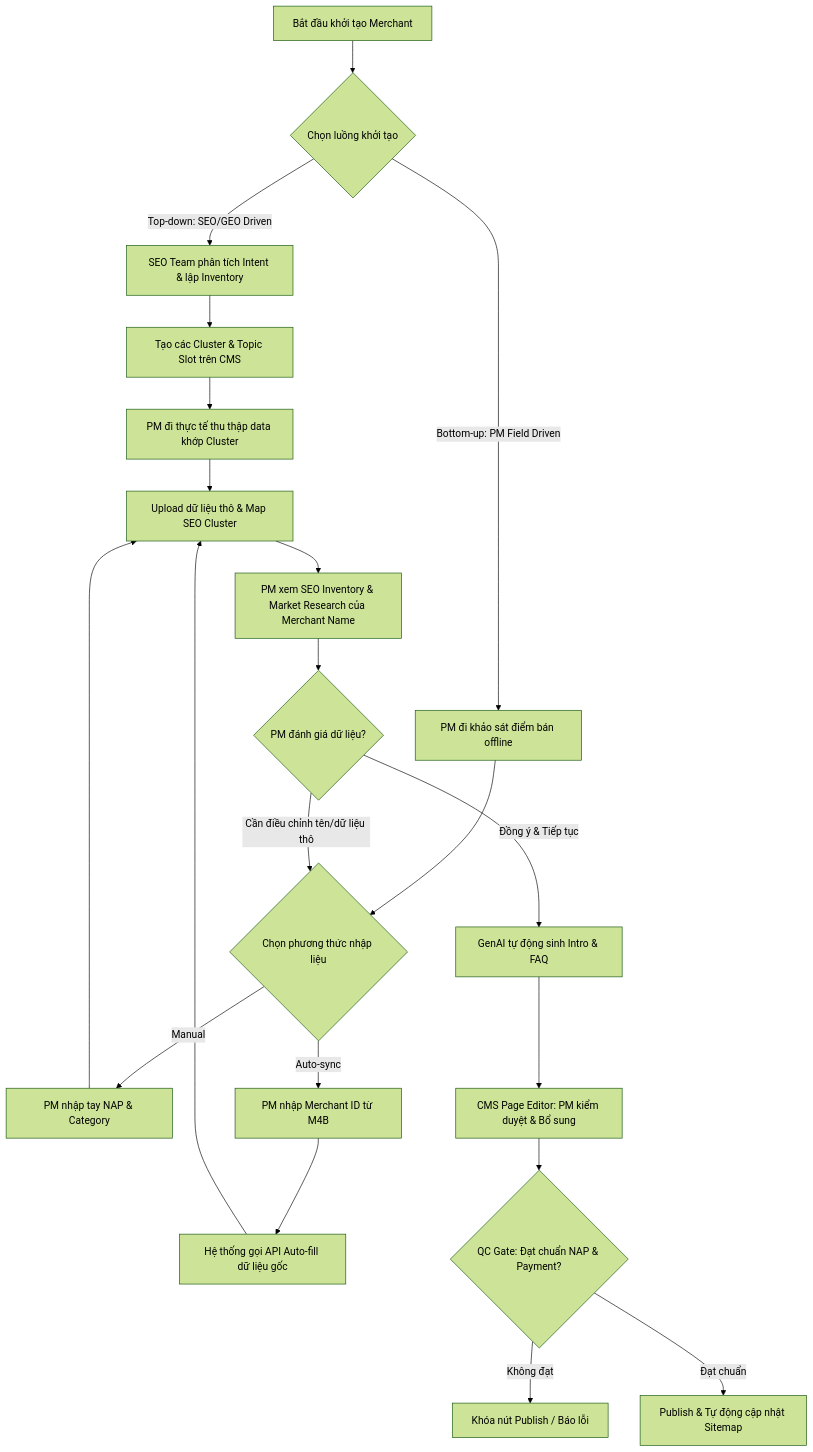
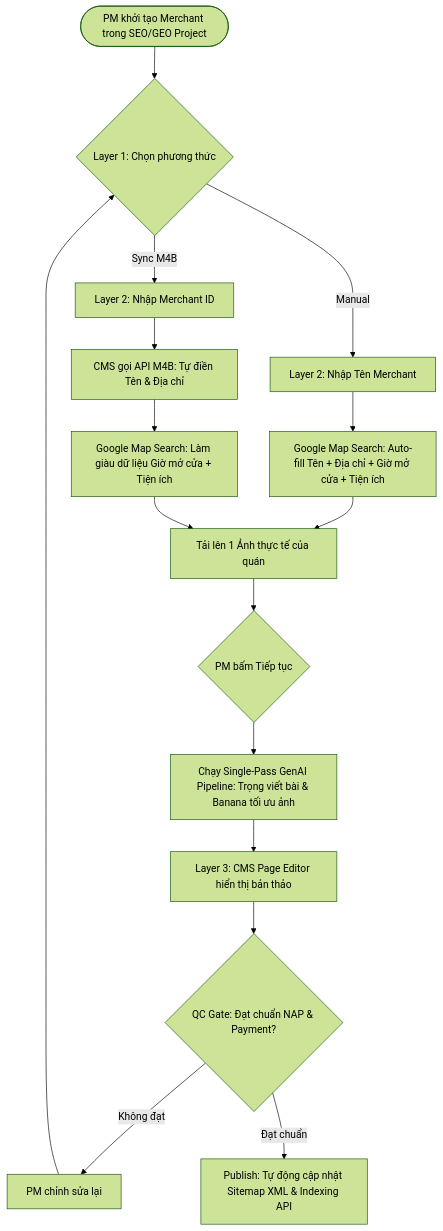
One commit to vanhien26/hienho-knowledgebase changed the second of 3 diagrams in 05_USE_CASE_MOMO/merchant-project/doi-tac-brd.md. Above: the diagram before and after it, drawn with Mermaid (forest theme). The commit also changed other lines of this file and 67 other files, not shown here.

Commit message:
feat: update Merchant and Widget specifications with deep-dive JTBD, Google Maps crawler, and dynamic schemas

````diff
--- a/05_USE_CASE_MOMO/merchant-project/doi-tac-brd.md
+++ b/05_USE_CASE_MOMO/merchant-project/doi-tac-brd.md
@@ -392,26 +591,26 @@
 ```mermaid
 graph TD
-    A[Bắt đầu khởi tạo Merchant] --> B{Chọn luồng khởi tạo}
-    B -->|Top-down: SEO/GEO Driven| C[SEO Team phân tích Intent & lập Inventory]
-    C --> D[Tạo các Cluster & Topic Slot trên CMS]
-    D --> E[PM đi thực tế thu thập data khớp Cluster]
+    Start([PM khởi tạo Merchant trong SEO/GEO Project]) --> Method{Layer 1: Chọn phương thức}
     
-    B -->|Bottom-up: PM Field Driven| F[PM đi khảo sát điểm bán offline]
-    F --> G{Chọn phương thức nhập liệu}
-    G -->|Manual| H[PM nhập tay NAP & Category]
-    G -->|Auto-sync| I[PM nhập Merchant ID từ M4B]
-    I --> J[Hệ thống gọi API Auto-fill dữ liệu gốc]
+    Method -->|Manual| Input_Manual[Layer 2: Nhập Tên Merchant]
+    Method -->|Sync M4B| Input_M4B[Layer 2: Nhập Merchant ID]
     
-    E --> K[Upload dữ liệu thô & Map SEO Cluster]
-    H --> K
-    J --> K
+    Input_Manual --> Gemini_Map_Manual[Google Map Search: Auto-fill Tên + Địa chỉ + Giờ mở cửa + Tiện ích]
+    Input_M4B --> API[CMS gọi API M4B: Tự điền Tên & Địa chỉ]
     
-    K --> PREVIEW[PM xem SEO Inventory & Market Research của Merchant Name]
-    PREVIEW --> DECIDE{PM đánh giá dữ liệu?}
-    DECIDE -->|Cần điều chỉnh tên/dữ liệu thô| G
-    DECIDE -->|Đồng ý & Tiếp tục| L[GenAI tự động sinh Intro & FAQ]
-    L --> M[CMS Page Editor: PM kiểm duyệt & Bổ sung]
-    M --> N{QC Gate: Đạt chuẩn NAP & Payment?}
-    N -->|Không đạt| O[Khóa nút Publish / Báo lỗi]
-    N -->|Đạt chuẩn| P[Publish & Tự động cập nhật Sitemap]
+    API --> Gemini_Map_Sync[Google Map Search: Làm giàu dữ liệu Giờ mở cửa + Tiện ích]
+    
+    Gemini_Map_Manual --> Upload[Tải lên 1 Ảnh thực tế của quán]
+    Gemini_Map_Sync --> Upload
+    
+    Upload --> Submit{PM bấm Tiếp tục}
+    
+    Submit --> GenAI[Chạy Single-Pass GenAI Pipeline: Trọng viết bài & Banana tối ưu ảnh]
+    
+    GenAI --> Verify[Layer 3: CMS Page Editor hiển thị bản thảo]
+    
+    Verify --> QC{QC Gate: Đạt chuẩn NAP & Payment?}
+    QC -->|Không đạt| Edit[PM chỉnh sửa lại]
+    Edit --> Method
+    QC -->|Đạt chuẩn| Live[Publish: Tự động cập nhật Sitemap XML & Indexing API]
 ```
````
